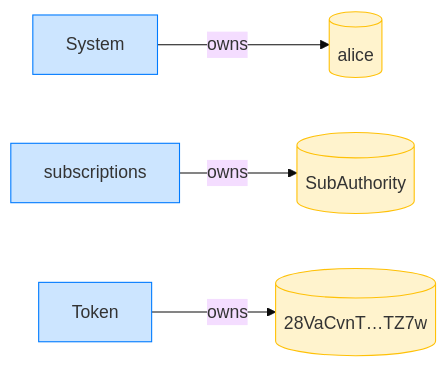
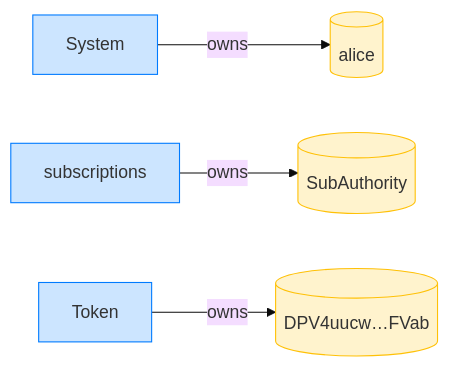
Before and after one commit to cds-rs/subscriptions: the fourth of 4 diagrams in dsl_tests/reject-a-recurring-delegation-whose-period-exceeds-the-maximum.md, drawn with Mermaid (base theme). The commit also changed other lines of this file and 224 other files, not shown here.

````diff
--- a/dsl_tests/reject-a-recurring-delegation-whose-period-exceeds-the-maximum.md
+++ b/dsl_tests/reject-a-recurring-delegation-whose-period-exceeds-the-maximum.md
@@ -73,14 +78,14 @@
 ```mermaid
 flowchart LR
     classDef owner fill:#cce5ff,stroke:#007bff;
     classDef account fill:#fff3cd,stroke:#ffc107;
     System[System]:::owner
     alice[(alice)]:::account
     subscriptions[subscriptions]:::owner
     SubAuthority[(SubAuthority)]:::account
     Token[Token]:::owner
-    28VaCvnT_TZ7w[("28VaCvnT…TZ7w")]:::account
+    DPV4uucw_FVab[("DPV4uucw…FVab")]:::account
     System -->|owns| alice
     subscriptions -->|owns| SubAuthority
-    Token -->|owns| 28VaCvnT_TZ7w
+    Token -->|owns| DPV4uucw_FVab
 ```
````
